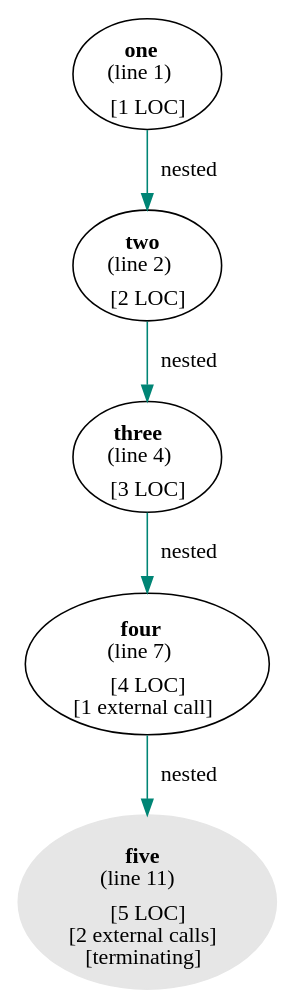
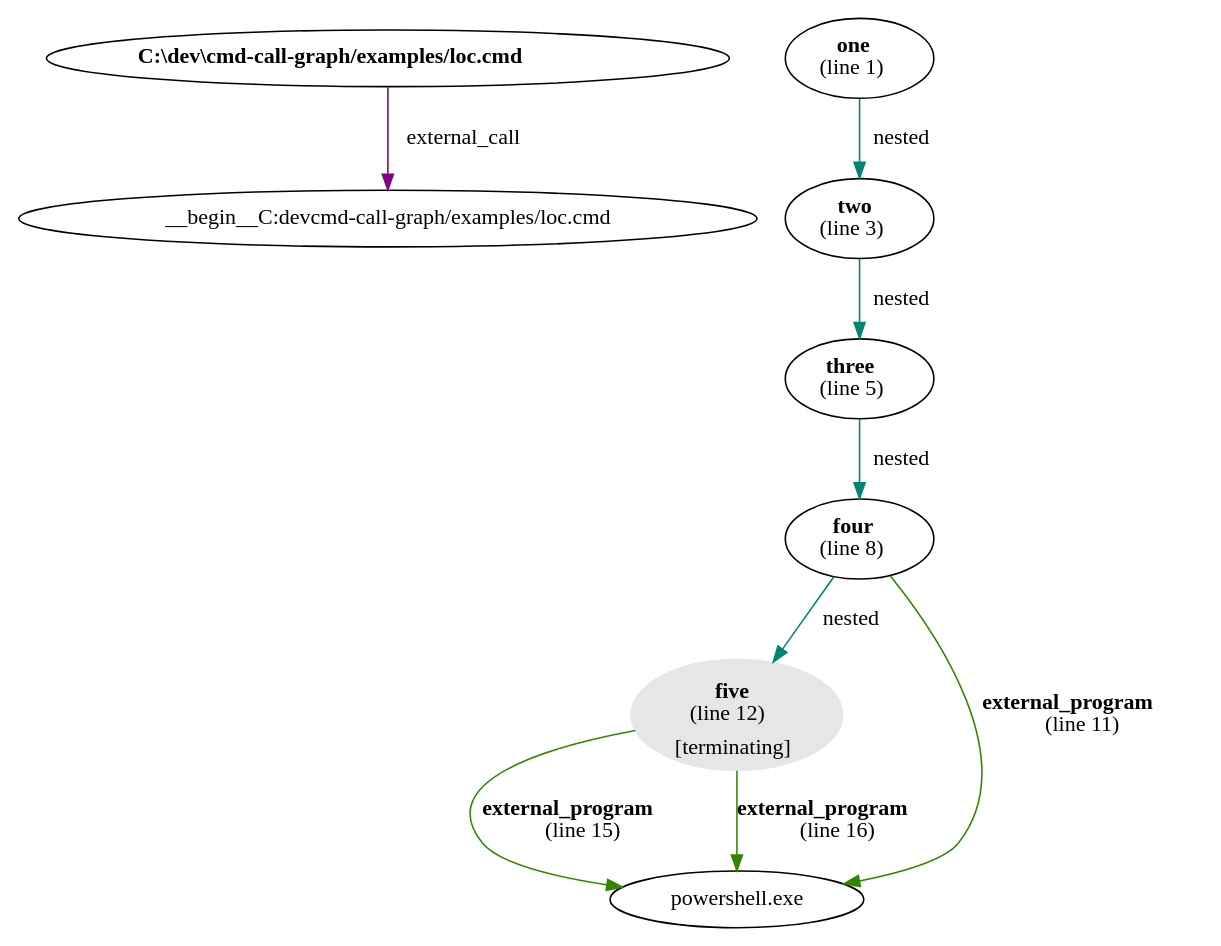
One commit to microsoft/cmd-call-graph changed the diagram in examples/loc.dot. Above: the diagram before and after it, drawn with Graphviz. The commit also changed 18 other files, not shown here.

```diff
--- a/examples/loc.dot
+++ b/examples/loc.dot
@@ -1,11 +1,16 @@
 digraph g {
-"five" [color="#e6e6e6",style=filled,label=<<b>five</b><br/>(line 11)<br/><sub>[5 LOC]</sub><br/><sub>[2 external calls]</sub><br/><sub>[terminating]</sub>>]
-"four" [label=<<b>four</b><br/>(line 7)<br/><sub>[4 LOC]</sub><br/><sub>[1 external call]</sub>>]
+"C:\dev\cmd-call-graph/examples/loc.cmd" [label=<<b>C:\dev\cmd-call-graph/examples/loc.cmd</b>>]
+"C:\dev\cmd-call-graph/examples/loc.cmd" -> "__begin__C:\dev\cmd-call-graph/examples/loc.cmd" [label=" external_call",color="#850085"]
+"five" [color="#e6e6e6",style=filled,label=<<b>five</b><br/>(line 12)<br/><sub>[terminating]</sub>>]
+"five" -> "powershell.exe" [label=<<b>external_program</b><br />(line 15)>,color="#358500"]
+"five" -> "powershell.exe" [label=<<b>external_program</b><br />(line 16)>,color="#358500"]
+"four" [label=<<b>four</b><br/>(line 8)>]
 "four" -> "five" [label=" nested",color="#008575"]
-"one" [label=<<b>one</b><br/>(line 1)<br/><sub>[1 LOC]</sub>>]
+"four" -> "powershell.exe" [label=<<b>external_program</b><br />(line 11)>,color="#358500"]
+"one" [label=<<b>one</b><br/>(line 1)>]
 "one" -> "two" [label=" nested",color="#008575"]
-"three" [label=<<b>three</b><br/>(line 4)<br/><sub>[3 LOC]</sub>>]
+"three" [label=<<b>three</b><br/>(line 5)>]
 "three" -> "four" [label=" nested",color="#008575"]
-"two" [label=<<b>two</b><br/>(line 2)<br/><sub>[2 LOC]</sub>>]
+"two" [label=<<b>two</b><br/>(line 3)>]
 "two" -> "three" [label=" nested",color="#008575"]
 }
```
